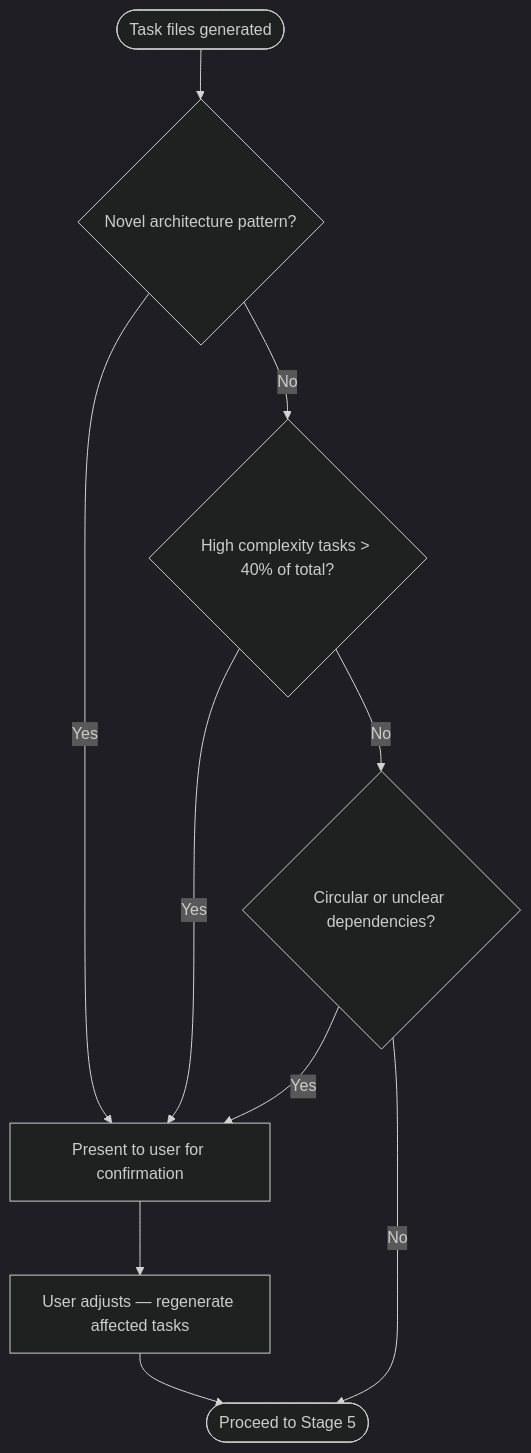
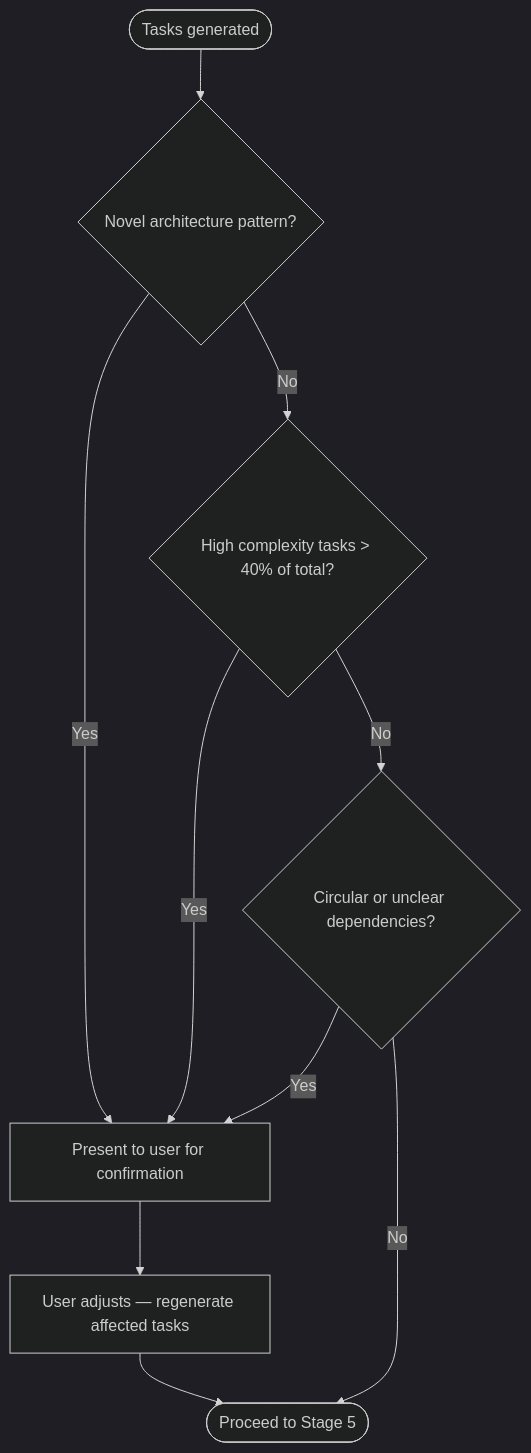
One commit to Jamie-BitFlight/claude_skills changed the second of 2 diagrams in plugins/development-harness/skills/task-decomposition/SKILL.md. Above: the diagram before and after it, drawn with Mermaid (dark theme). The commit also changed other lines of this file and 8 other files, not shown here.

````diff
--- a/plugins/development-harness/skills/task-decomposition/SKILL.md
+++ b/plugins/development-harness/skills/task-decomposition/SKILL.md
@@ -244,12 +262,12 @@
 ```mermaid
 flowchart TD
-    Tasks([Task files generated]) --> Q1{Novel architecture pattern?}
+    Tasks([Tasks generated]) --> Q1{Novel architecture pattern?}
     Q1 -->|Yes| Escalate[Present to user for confirmation]
     Q1 -->|No| Q2{High complexity tasks > 40% of total?}
     Q2 -->|Yes| Escalate
     Q2 -->|No| Q3{Circular or unclear dependencies?}
     Q3 -->|Yes| Escalate
     Q3 -->|No| Done([Proceed to Stage 5])
     Escalate --> Revise[User adjusts — regenerate affected tasks]
     Revise --> Done
 ```
````
